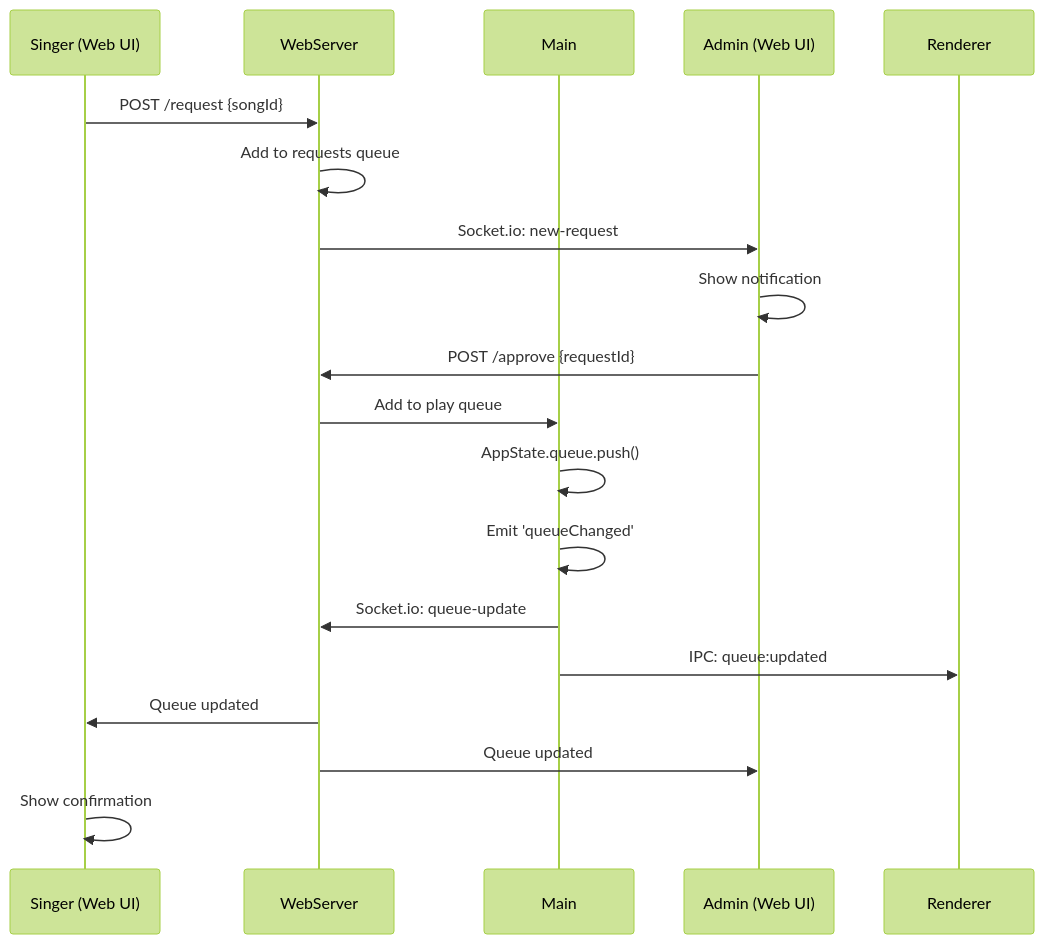
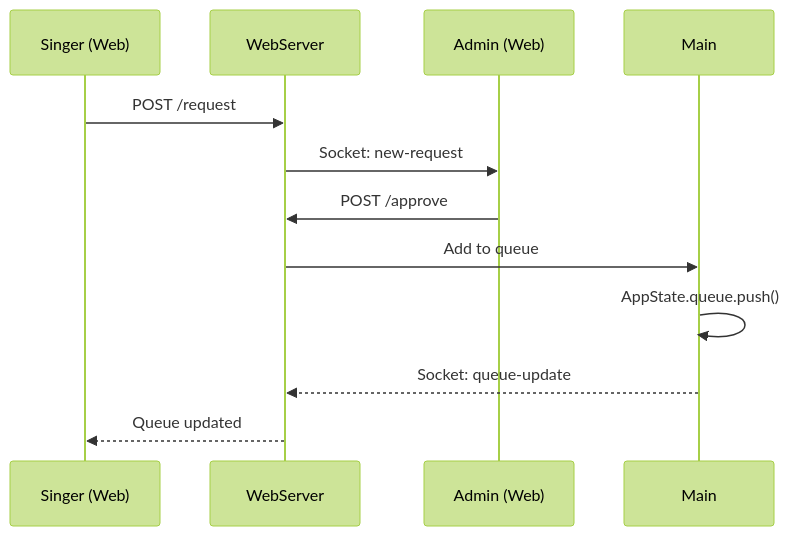
One commit to monteslu/loukai changed the fifth of 5 diagrams in docs/architecture.md. Above: the diagram before and after it, drawn with Mermaid (forest theme). The commit also changed other lines of this file and 37 other files, not shown here.

````diff
--- a/docs/architecture.md
+++ b/docs/architecture.md
@@ -605,22 +470,15 @@
 ```mermaid
 sequenceDiagram
-    participant Singer as Singer (Web UI)
+    participant Singer as Singer (Web)
     participant WebServer
+    participant Admin as Admin (Web)
     participant Main
-    participant Admin as Admin (Web UI)
-    participant Renderer
 
-    Singer->>WebServer: POST /request {songId}
-    WebServer->>WebServer: Add to requests queue
-    WebServer->>Admin: Socket.io: new-request
-    Admin->>Admin: Show notification
-    Admin->>WebServer: POST /approve {requestId}
-    WebServer->>Main: Add to play queue
+    Singer->>WebServer: POST /request
+    WebServer->>Admin: Socket: new-request
+    Admin->>WebServer: POST /approve
+    WebServer->>Main: Add to queue
     Main->>Main: AppState.queue.push()
-    Main->>Main: Emit 'queueChanged'
-    Main->>WebServer: Socket.io: queue-update
-    Main->>Renderer: IPC: queue:updated
-    WebServer->>Singer: Queue updated
-    WebServer->>Admin: Queue updated
-    Singer->>Singer: Show confirmation
+    Main-->>WebServer: Socket: queue-update
+    WebServer-->>Singer: Queue updated
 ```
````
